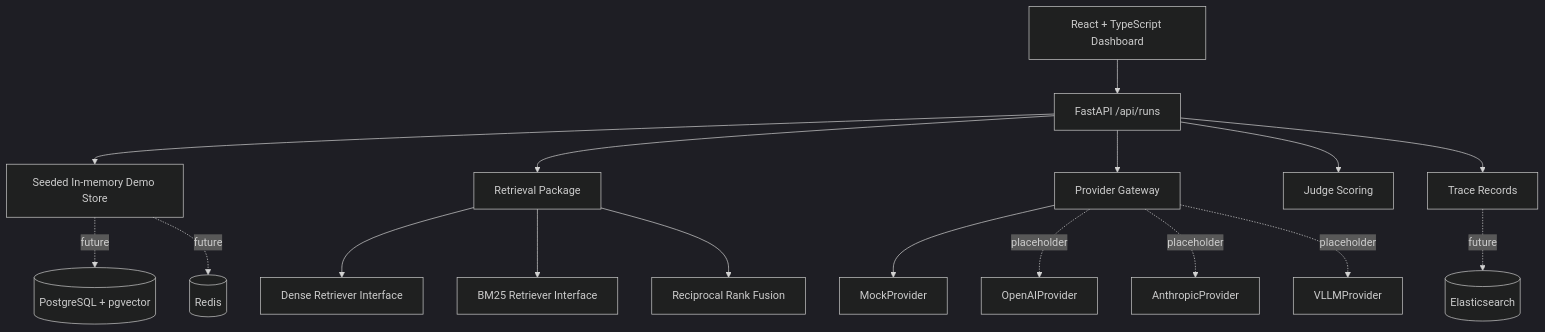
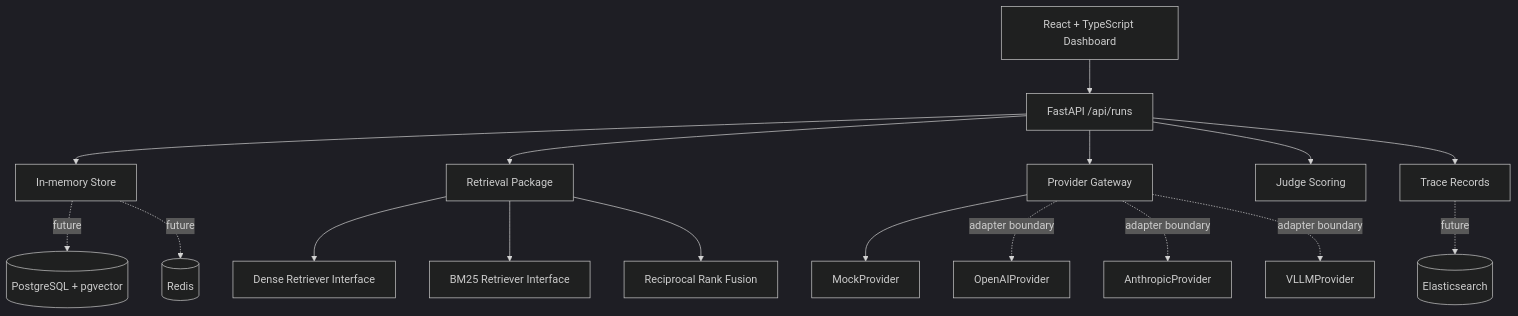
One commit to XiaoyunYin/llm-eval-rag-observability-platform changed the diagram in docs/architecture.md. Above: the diagram before and after it, drawn with Mermaid (dark theme). The commit also changed other lines of this file and 2 other files, not shown here.

````diff
--- a/docs/architecture.md
+++ b/docs/architecture.md
@@ -7,19 +5,19 @@
 ```mermaid
 flowchart TD
     Frontend[React + TypeScript Dashboard] --> RunsAPI[FastAPI /api/runs]
-    RunsAPI --> DemoStore[Seeded In-memory Demo Store]
+    RunsAPI --> DemoStore[In-memory Store]
     RunsAPI --> Retrieval[Retrieval Package]
     RunsAPI --> Providers[Provider Gateway]
     RunsAPI --> Judging[Judge Scoring]
     RunsAPI --> Traces[Trace Records]
     Retrieval --> Dense[Dense Retriever Interface]
     Retrieval --> BM25[BM25 Retriever Interface]
     Retrieval --> RRF[Reciprocal Rank Fusion]
     Providers --> Mock[MockProvider]
-    Providers -. placeholder .-> OpenAI[OpenAIProvider]
-    Providers -. placeholder .-> Anthropic[AnthropicProvider]
-    Providers -. placeholder .-> VLLM[VLLMProvider]
+    Providers -. adapter boundary .-> OpenAI[OpenAIProvider]
+    Providers -. adapter boundary .-> Anthropic[AnthropicProvider]
+    Providers -. adapter boundary .-> VLLM[VLLMProvider]
     DemoStore -. future .-> Postgres[(PostgreSQL + pgvector)]
     DemoStore -. future .-> Redis[(Redis)]
     Traces -. future .-> Elasticsearch[(Elasticsearch)]
 ```
````
